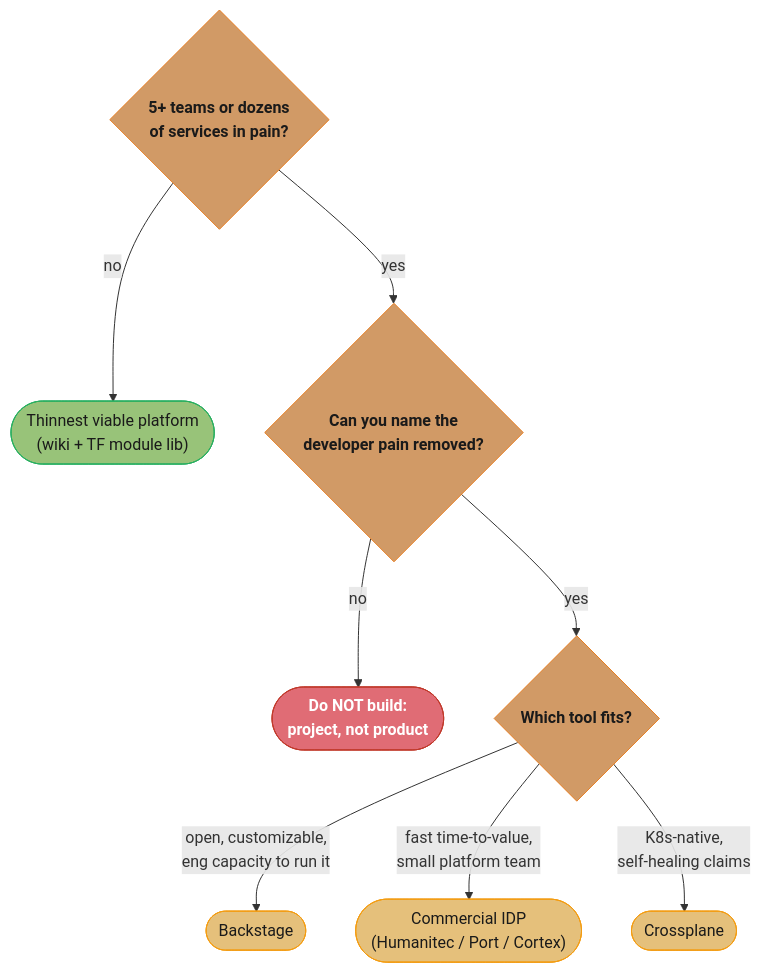
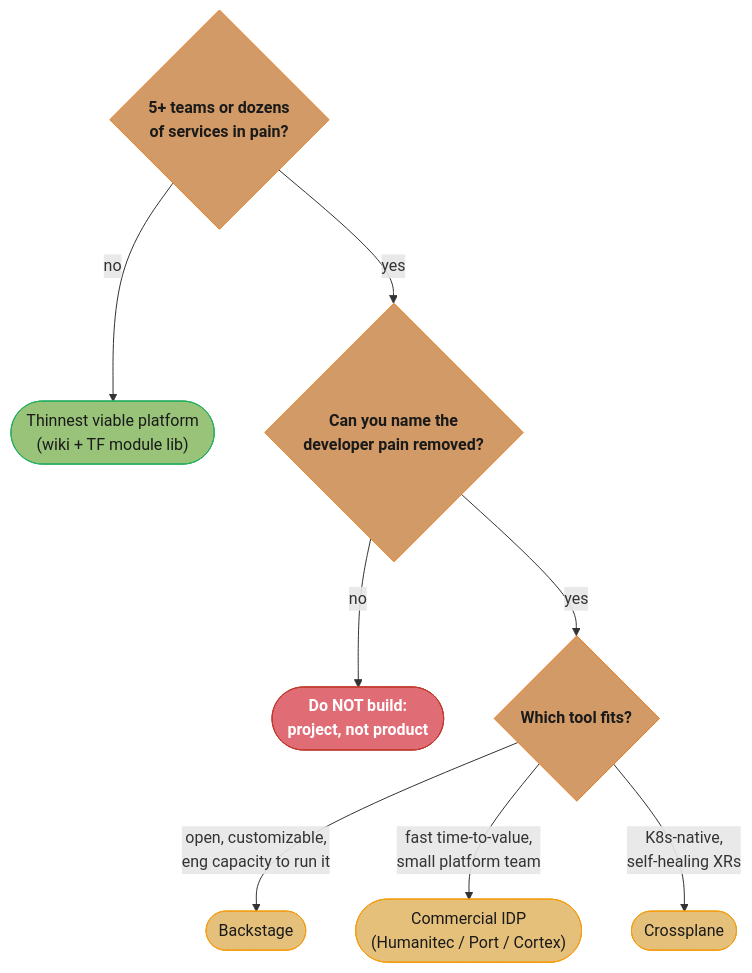
One commit to rppol/system-design changed the fourth of 4 diagrams in src/main/java/com/rutik/systemdesign/devops/platform_engineering_and_idp/platform_engineering_and_idp.md. Above: the diagram before and after it, drawn with Mermaid. The commit also changed other lines of this file and 4 other files, not shown here.

````diff
--- a/src/main/java/com/rutik/systemdesign/devops/platform_engineering_and_idp/platform_engineering_and_idp.md
+++ b/src/main/java/com/rutik/systemdesign/devops/platform_engineering_and_idp/platform_engineering_and_idp.md
@@ -303,24 +318,24 @@
 ```mermaid
 flowchart TD
     classDef io      fill:#61afef,stroke:#2e86c1,color:#1a1a1a,font-weight:bold
     classDef frozen  fill:#c678dd,stroke:#9b59b6,color:#fff
     classDef train   fill:#98c379,stroke:#27ae60,color:#1a1a1a
     classDef mathOp  fill:#d19a66,stroke:#e67e22,color:#1a1a1a,font-weight:bold
     classDef lossN   fill:#e06c75,stroke:#c0392b,color:#fff,font-weight:bold
     classDef req     fill:#56b6c2,stroke:#0097a7,color:#1a1a1a
     classDef base    fill:#e5c07b,stroke:#f39c12,color:#1a1a1a
 
     Start{"5+ teams or dozens<br/>of services in pain?"}
     Start -- "no" --> TVP(["Thinnest viable platform<br/>(wiki + TF module lib)"])
     Start -- "yes" --> Named{"Can you name the<br/>developer pain removed?"}
     Named -- "no" --> NoBuild(["Do NOT build:<br/>project, not product"])
     Named -- "yes" --> Tool{"Which tool fits?"}
     Tool -- "open, customizable,<br/>eng capacity to run it" --> Backstage(["Backstage"])
     Tool -- "fast time-to-value,<br/>small platform team" --> Commercial(["Commercial IDP<br/>(Humanitec / Port / Cortex)"])
-    Tool -- "K8s-native,<br/>self-healing claims" --> Crossplane(["Crossplane"])
+    Tool -- "K8s-native,<br/>self-healing XRs" --> Crossplane(["Crossplane"])
 
     class Start,Named,Tool mathOp
     class TVP train
     class NoBuild lossN
     class Backstage,Commercial,Crossplane base
 ```
````
